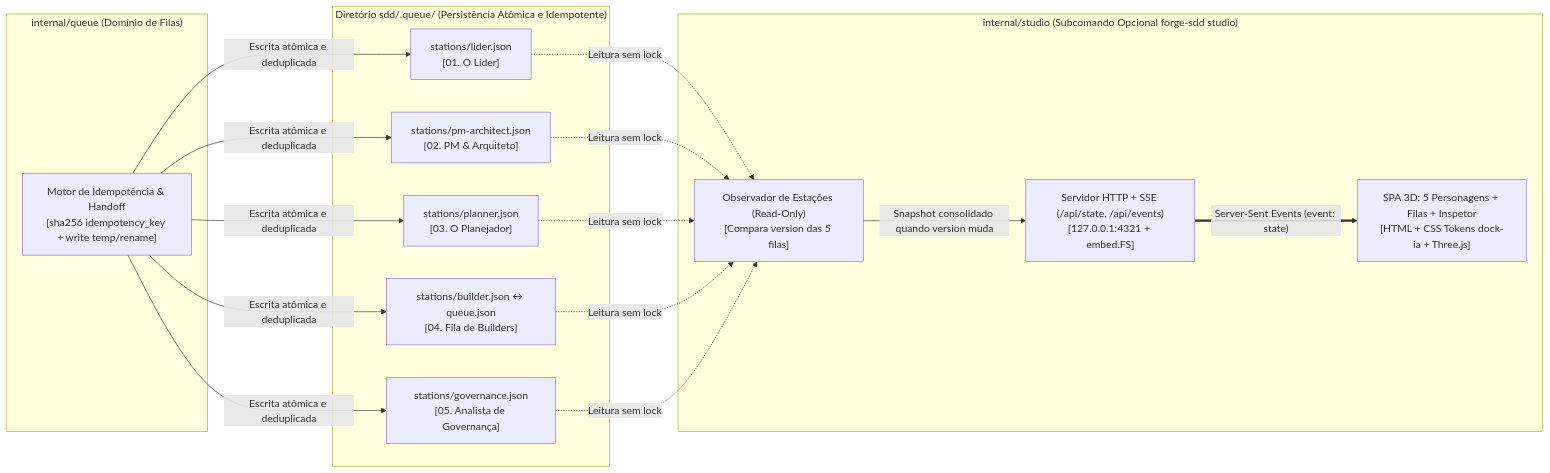
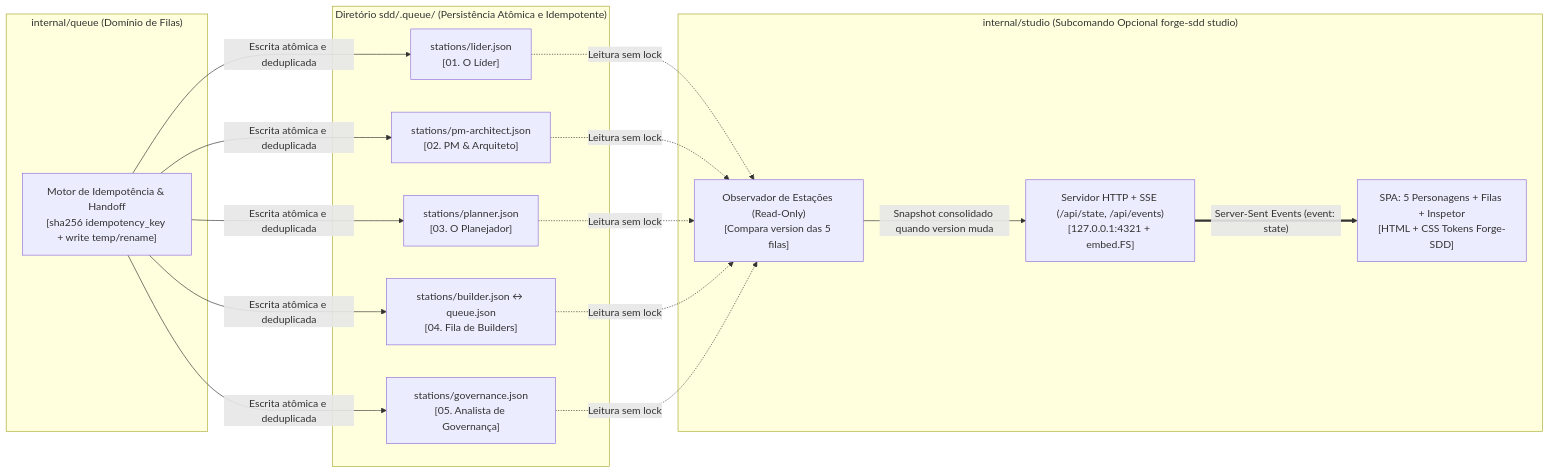
One commit to nathanramorim/forge-sdd changed the second of 3 diagrams in sdd/discovery/criteria-59-modulo-visual-estacoes-personagens.md. Above: the diagram before and after it, drawn with Mermaid. The commit also changed other lines of this file and 3 other files, not shown here.

````diff
--- a/sdd/discovery/criteria-59-modulo-visual-estacoes-personagens.md
+++ b/sdd/discovery/criteria-59-modulo-visual-estacoes-personagens.md
@@ -49,25 +48,25 @@
 ```mermaid
 graph LR
     subgraph fs[" Diretório sdd/.queue/ (Persistência Atômica e Idempotente)"]
         q1["stations/lider.json<br/>[01. O Líder]"]
         q2["stations/pm-architect.json<br/>[02. PM & Arquiteto]"]
         q3["stations/planner.json<br/>[03. O Planejador]"]
         q4["stations/builder.json ↔ queue.json<br/>[04. Fila de Builders]"]
         q5["stations/governance.json<br/>[05. Analista de Governança]"]
     end
 
     subgraph cli_pkg["internal/queue (Domínio de Filas)"]
         idem["Motor de Idempotência & Handoff<br/>[sha256 idempotency_key + write temp/rename]"]
     end
 
     subgraph sidecar["internal/studio (Subcomando Opcional forge-sdd studio)"]
         watcher["Observador de Estações (Read-Only)<br/>[Compara version das 5 filas]"]
         sse["Servidor HTTP + SSE (/api/state, /api/events)<br/>[127.0.0.1:4321 + embed.FS]"]
-        spa["SPA 3D: 5 Personagens + Filas + Inspetor<br/>[HTML + CSS Tokens dock-ia + Three.js]"]
+        spa["SPA: 5 Personagens + Filas + Inspetor<br/>[HTML + CSS Tokens Forge-SDD]"]
     end
 
     idem -->|"Escrita atômica e deduplicada"| q1 & q2 & q3 & q4 & q5
     q1 & q2 & q3 & q4 & q5 -.->|"Leitura sem lock"| watcher
     watcher -->|"Snapshot consolidado quando version muda"| sse
     sse ==>|"Server-Sent Events (event: state)"| spa
 ```
````
